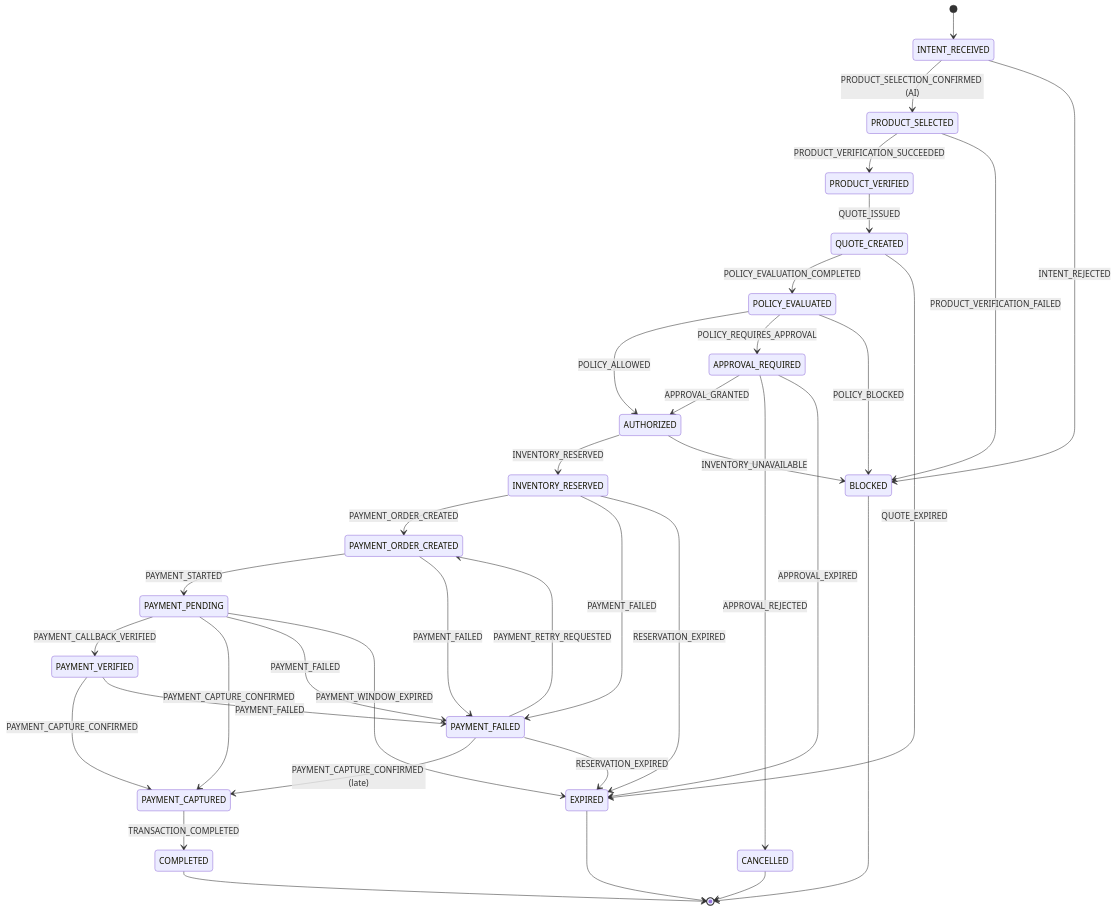
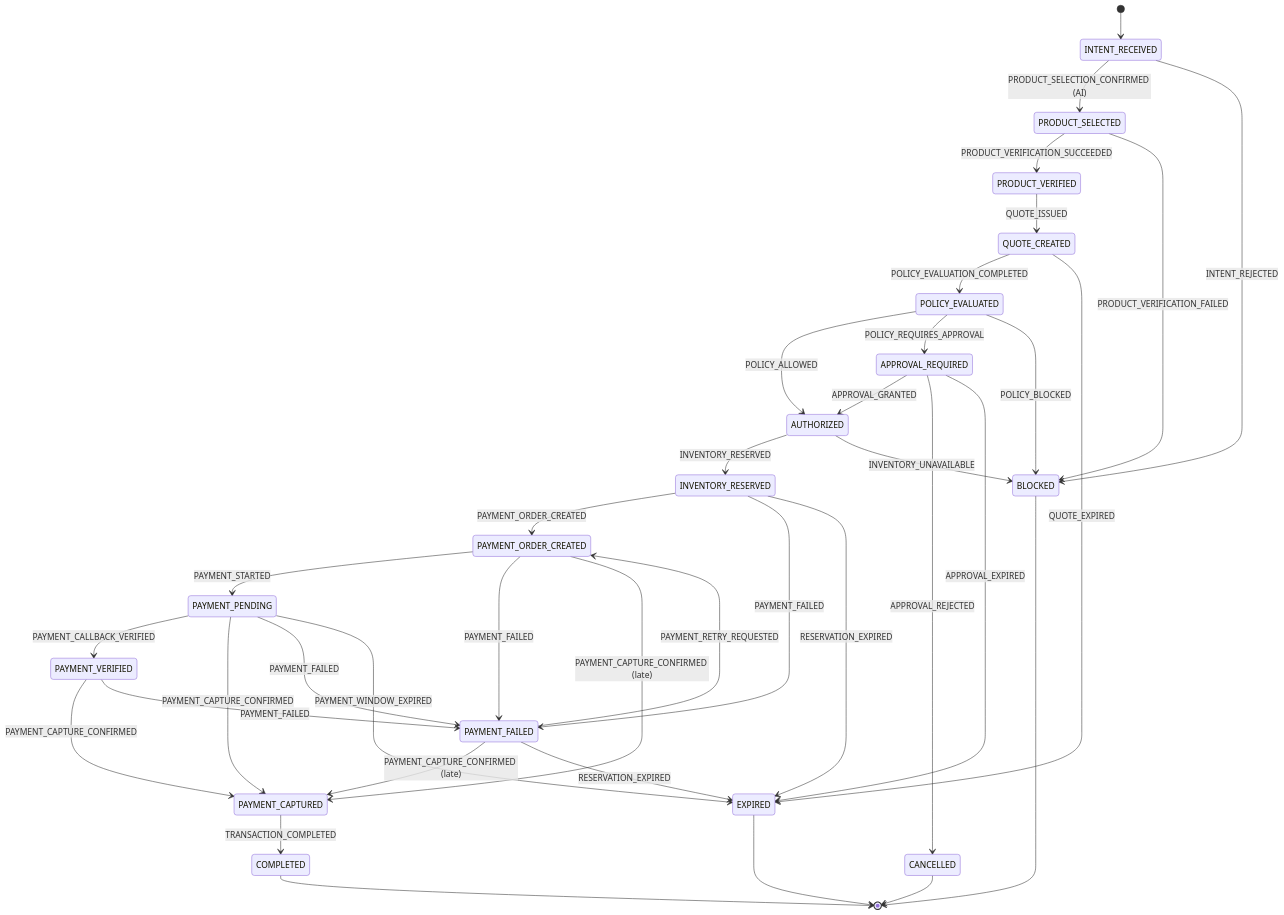
One commit to TanmaySingh2711/razorpay-agentic-commerce changed the diagram in docs/17-transaction-state-machine.md. Above: the diagram before and after it, drawn with Mermaid. The commit also changed other lines of this file and 44 other files, not shown here.

````diff
--- a/docs/17-transaction-state-machine.md
+++ b/docs/17-transaction-state-machine.md
@@ -55,38 +55,39 @@
 ```mermaid
 stateDiagram-v2
   [*] --> INTENT_RECEIVED
   INTENT_RECEIVED --> PRODUCT_SELECTED: PRODUCT_SELECTION_CONFIRMED (AI)
   INTENT_RECEIVED --> BLOCKED: INTENT_REJECTED
   PRODUCT_SELECTED --> PRODUCT_VERIFIED: PRODUCT_VERIFICATION_SUCCEEDED
   PRODUCT_SELECTED --> BLOCKED: PRODUCT_VERIFICATION_FAILED
   PRODUCT_VERIFIED --> QUOTE_CREATED: QUOTE_ISSUED
   QUOTE_CREATED --> POLICY_EVALUATED: POLICY_EVALUATION_COMPLETED
   QUOTE_CREATED --> EXPIRED: QUOTE_EXPIRED
   POLICY_EVALUATED --> AUTHORIZED: POLICY_ALLOWED
   POLICY_EVALUATED --> APPROVAL_REQUIRED: POLICY_REQUIRES_APPROVAL
   POLICY_EVALUATED --> BLOCKED: POLICY_BLOCKED
   APPROVAL_REQUIRED --> AUTHORIZED: APPROVAL_GRANTED
   APPROVAL_REQUIRED --> CANCELLED: APPROVAL_REJECTED
   APPROVAL_REQUIRED --> EXPIRED: APPROVAL_EXPIRED
   AUTHORIZED --> INVENTORY_RESERVED: INVENTORY_RESERVED
   AUTHORIZED --> BLOCKED: INVENTORY_UNAVAILABLE
   INVENTORY_RESERVED --> PAYMENT_ORDER_CREATED: PAYMENT_ORDER_CREATED
   INVENTORY_RESERVED --> PAYMENT_FAILED: PAYMENT_FAILED
   INVENTORY_RESERVED --> EXPIRED: RESERVATION_EXPIRED
   PAYMENT_ORDER_CREATED --> PAYMENT_PENDING: PAYMENT_STARTED
   PAYMENT_ORDER_CREATED --> PAYMENT_FAILED: PAYMENT_FAILED
+  PAYMENT_ORDER_CREATED --> PAYMENT_CAPTURED: PAYMENT_CAPTURE_CONFIRMED (late)
   PAYMENT_PENDING --> PAYMENT_VERIFIED: PAYMENT_CALLBACK_VERIFIED
   PAYMENT_PENDING --> PAYMENT_CAPTURED: PAYMENT_CAPTURE_CONFIRMED
   PAYMENT_PENDING --> PAYMENT_FAILED: PAYMENT_FAILED
   PAYMENT_PENDING --> EXPIRED: PAYMENT_WINDOW_EXPIRED
   PAYMENT_VERIFIED --> PAYMENT_CAPTURED: PAYMENT_CAPTURE_CONFIRMED
   PAYMENT_VERIFIED --> PAYMENT_FAILED: PAYMENT_FAILED
   PAYMENT_CAPTURED --> COMPLETED: TRANSACTION_COMPLETED
   PAYMENT_FAILED --> PAYMENT_ORDER_CREATED: PAYMENT_RETRY_REQUESTED
   PAYMENT_FAILED --> PAYMENT_CAPTURED: PAYMENT_CAPTURE_CONFIRMED (late)
   PAYMENT_FAILED --> EXPIRED: RESERVATION_EXPIRED
   COMPLETED --> [*]
   BLOCKED --> [*]
   CANCELLED --> [*]
   EXPIRED --> [*]
 ```
````
